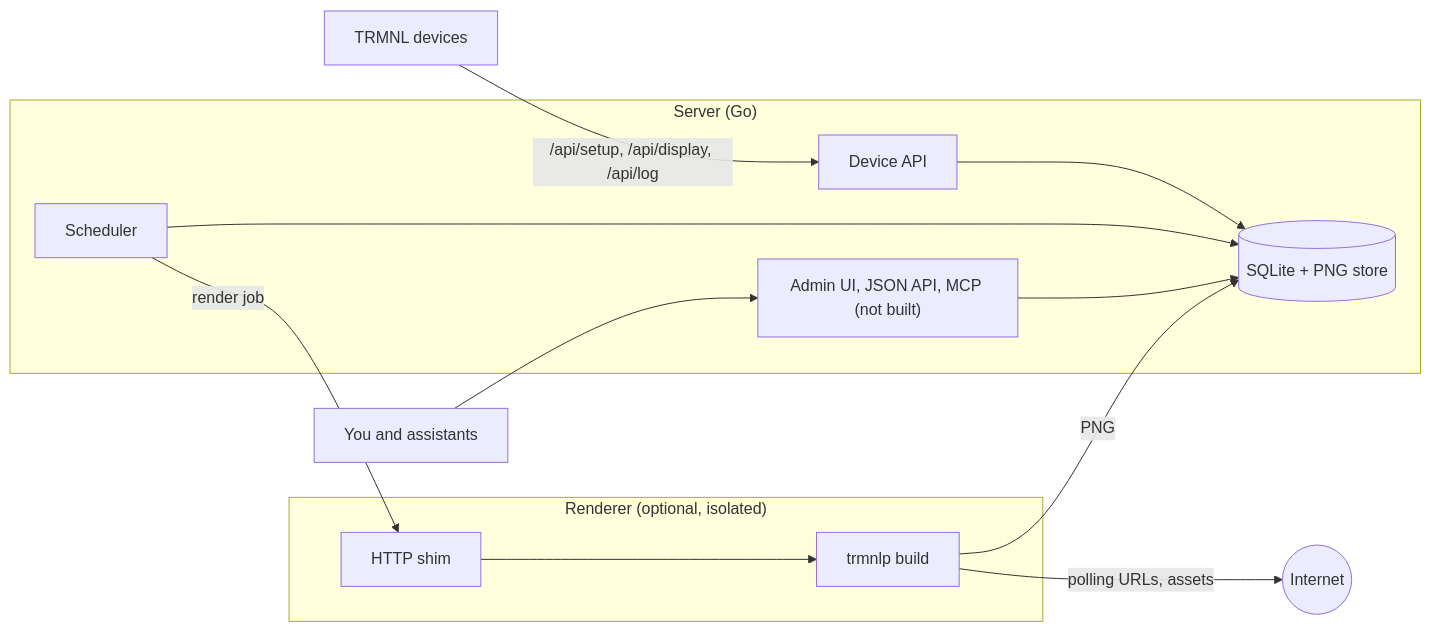
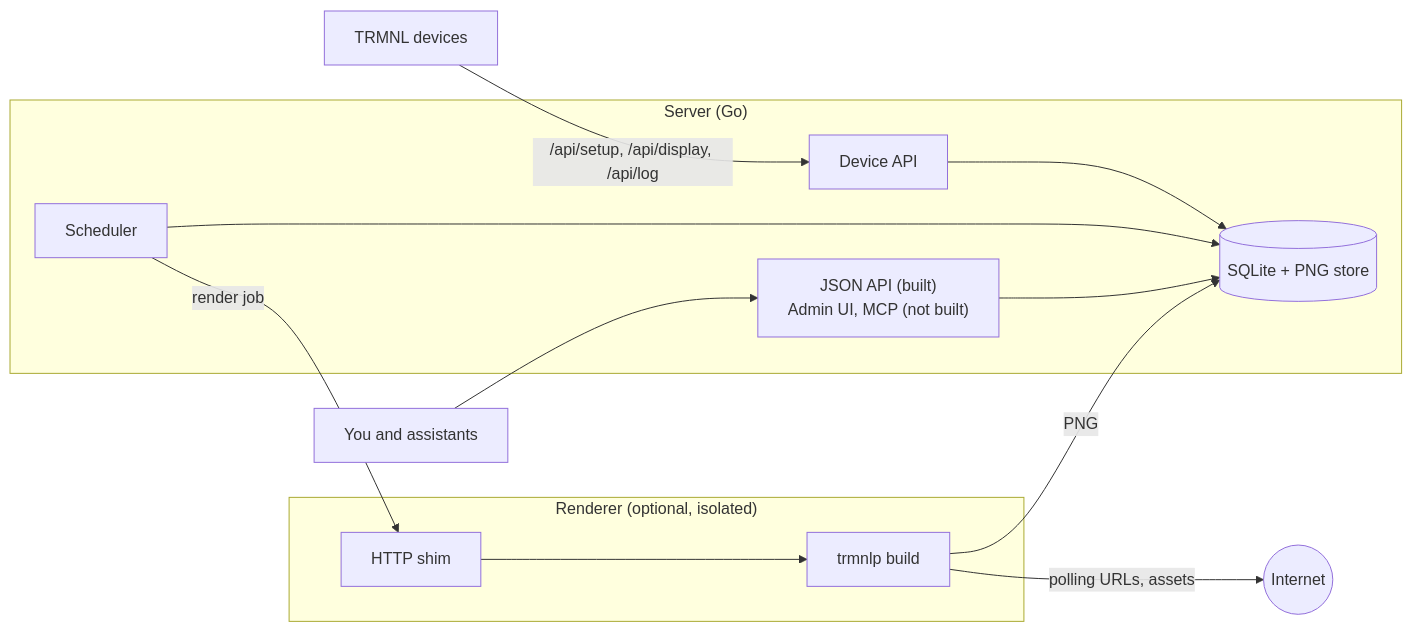
The diagram in docs/design.md (die-net/trmnl-byos-go), drawn with Mermaid before and after one commit. The commit also changed other lines of this file and 17 other files, not shown here.

First line of the commit message:
Add a JSON admin API at /api/v1 with bearer tokens.

````diff
--- a/docs/design.md
+++ b/docs/design.md
@@ -40,23 +40,23 @@
 ```mermaid
 flowchart LR
   devices["TRMNL devices"] -->|"/api/setup, /api/display, /api/log"| api
 
   subgraph server["Server (Go)"]
     api["Device API"]
     sched["Scheduler"]
     store[("SQLite + PNG store")]
-    admin["Admin UI, JSON API, MCP (not built)"]
+    admin["JSON API (built)<br/>Admin UI, MCP (not built)"]
     api --> store
     sched --> store
     admin --> store
   end
 
   subgraph renderer["Renderer (optional, isolated)"]
     shim["HTTP shim"] --> build["trmnlp build"]
   end
 
   you["You and assistants"] --> admin
   sched -->|"render job"| shim
   build -->|"PNG"| store
   build -->|"polling URLs, assets"| internet(("Internet"))
 ```
````
